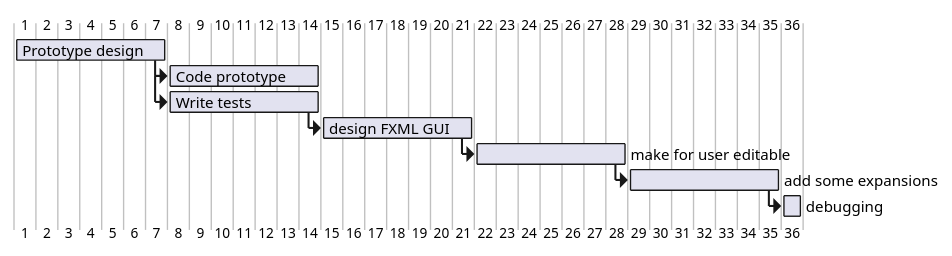
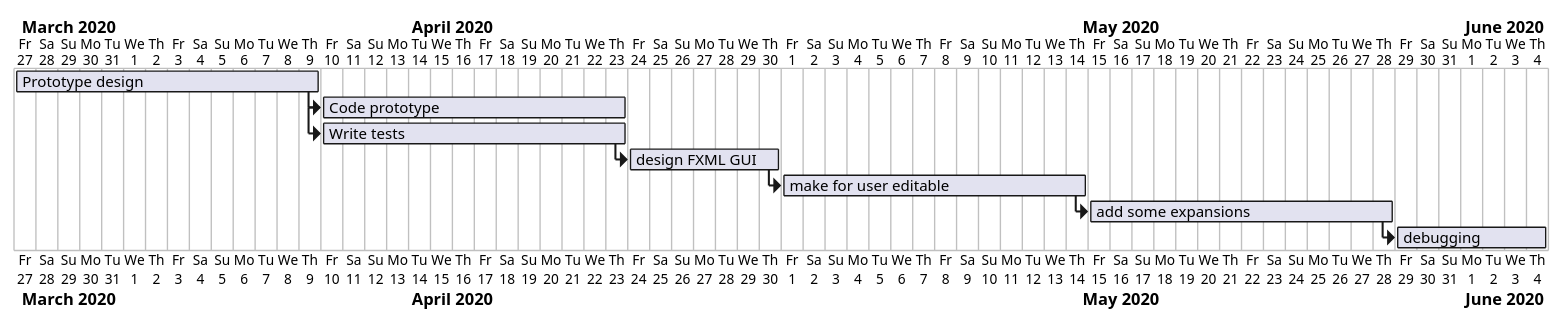
One commit to 1920-3ahitm-itp/02-project-repositories-vokabellernprogramm changed the second of 2 diagrams in asciidocs/index.adoc. Above: the diagram before and after it, drawn with PlantUML.

Commit message:
added timescale to Gantt Diagram

```diff
--- a/asciidocs/index.adoc
+++ b/asciidocs/index.adoc
@@ -96,17 +94,19 @@
-[plantuml, gantt, png]
+[plantuml, gantt, gantt-protoype,png]
 ----
 @startgantt
-[Prototype design] lasts 7 days
-[Code prototype] lasts 7 days
-[Write tests] lasts 7 days
+project starts the 2020/03/27
+[Prototype design] lasts 14 days
+[Code prototype] lasts 14 days
+[Write tests] lasts 14 days
 [Code prototype] starts at [Prototype design]'s end
 [Write tests] starts at [Code prototype]'s start
 [design FXML GUI] lasts 7 days
 [design FXML GUI] starts at [Write tests]'s end
-[make for user editable] lasts 7 days
+[make for user editable] lasts 14 days
 [make for user editable] starts at [design FXML GUI]'s end
-[add some expansions] lasts 7 days
+[add some expansions] lasts 14 days
 [add some expansions] starts at [make for user editable]'s end
-[debugging] starts at [add some expansions]'s end
+[debugging] starts at [add some expansions]'s end and lasts 7 days
 @endgantt
+
 ----
```
